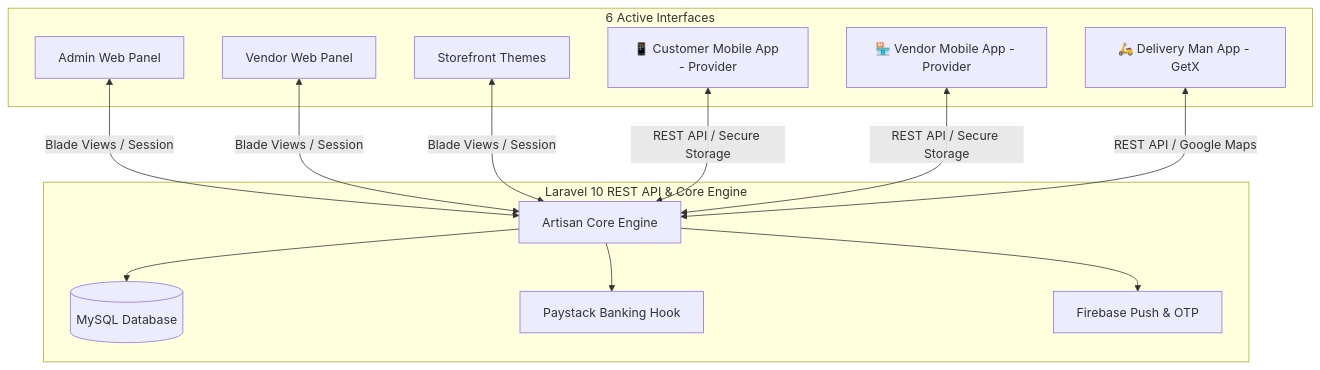
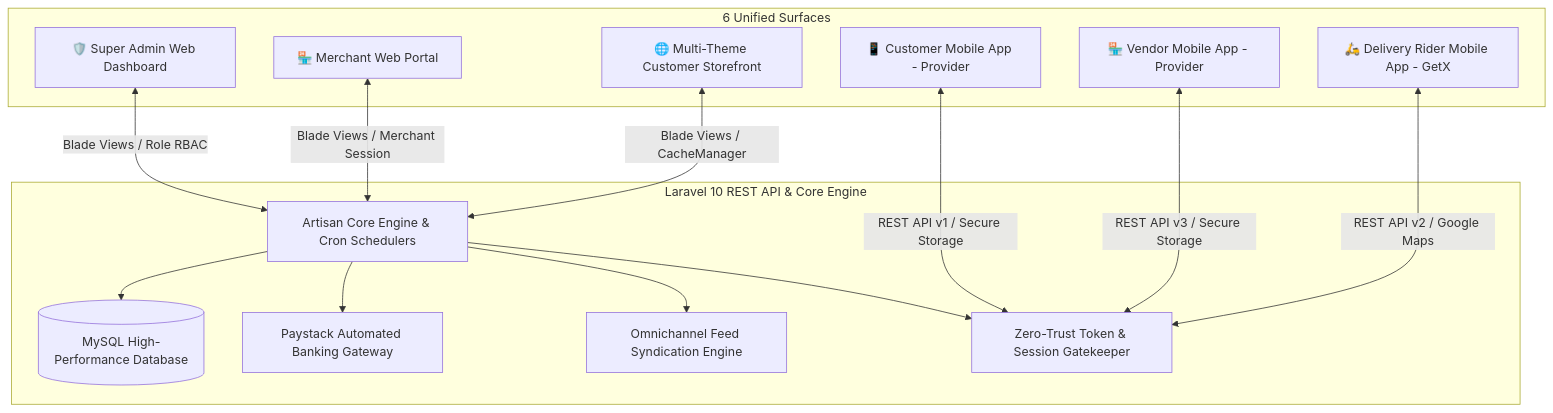
One commit to hotvictorious-rgb/vmarket changed the diagram in README.md. Above: the diagram before and after it, drawn with Mermaid. The commit also changed other lines of this file, not shown here.

Commit message:
docs: overhaul README with comprehensive ecosystem architecture and features [AI]

````diff
--- a/README.md
+++ b/README.md
@@ -21,28 +33,30 @@
 ```mermaid
 graph TD
     subgraph Central Backend [Laravel 10 REST API & Core Engine]
-        A[Artisan Core Engine]
-        DB[(MySQL Database)]
-        PS[Paystack Banking Hook]
-        FB[Firebase Push & OTP]
+        A[Artisan Core Engine & Cron Schedulers]
+        DB[(MySQL High-Performance Database)]
+        PS[Paystack Automated Banking Gateway]
+        FEED[Omnichannel Feed Syndication Engine]
+        AUTH[Zero-Trust Token & Session Gatekeeper]
         A --> DB
         A --> PS
-        A --> FB
+        A --> FEED
+        A --> AUTH
     end
 
-    subgraph Client Applications [6 Active Interfaces]
-        WA[Admin Web Panel]
-        WV[Vendor Web Panel]
-        WS[Storefront Themes]
+    subgraph Client Ecosystem [6 Unified Surfaces]
+        WA[🛡️ Super Admin Web Dashboard]
+        WV[🏪 Merchant Web Portal]
+        WS[🌐 Multi-Theme Customer Storefront]
         C[📱 Customer Mobile App - Provider]
         V[🏪 Vendor Mobile App - Provider]
-        D[🛵 Delivery Man App - GetX]
+        D[🛵 Delivery Rider Mobile App - GetX]
     end
 
-    WA <-->|Blade Views / Session| A
-    WV <-->|Blade Views / Session| A
-    WS <-->|Blade Views / Session| A
-    C <-->|REST API / Secure Storage| A
-    V <-->|REST API / Secure Storage| A
-    D <-->|REST API / Google Maps| A
+    WA <-->|Blade Views / Role RBAC| A
+    WV <-->|Blade Views / Merchant Session| A
+    WS <-->|Blade Views / CacheManager| A
+    C <-->|REST API v1 / Secure Storage| AUTH
+    V <-->|REST API v3 / Secure Storage| AUTH
+    D <-->|REST API v2 / Google Maps| AUTH
 ```
````
